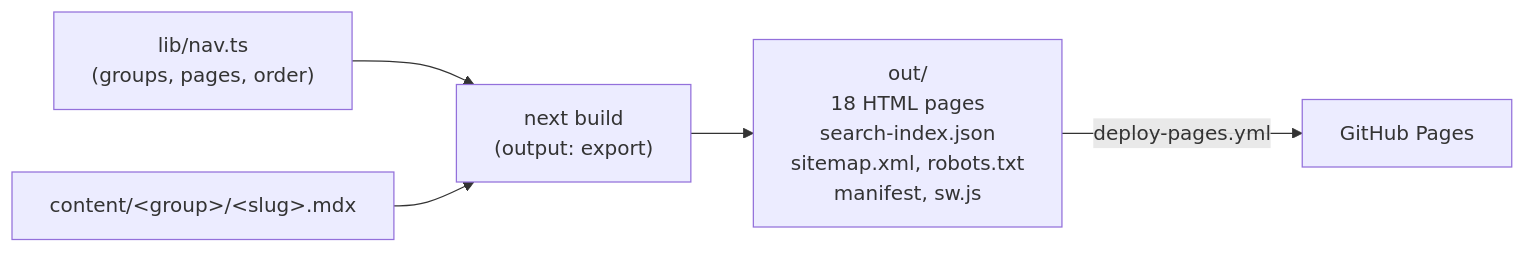
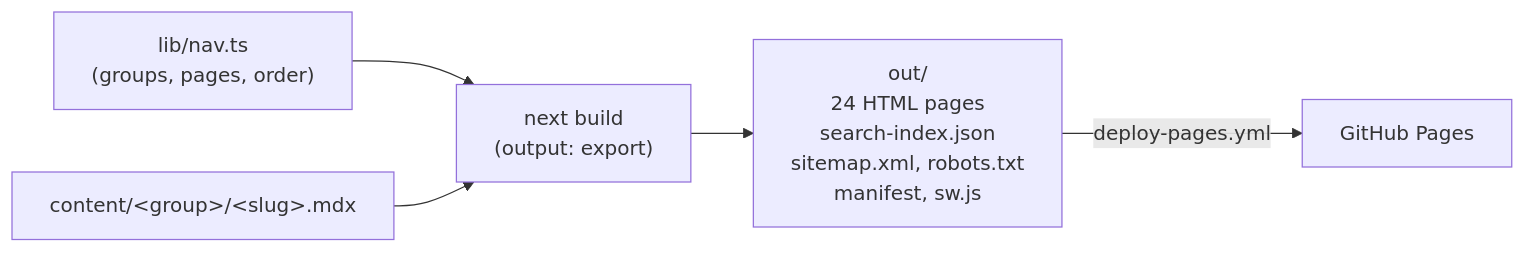
The diagram in docs/ARCHITECTURE.md (kawsar-95/learn-software-testing-with-ai), drawn with Mermaid before and after one commit. The commit also changed other lines of this file and 10 other files, not shown here.

````diff
--- a/docs/ARCHITECTURE.md
+++ b/docs/ARCHITECTURE.md
@@ -9,13 +9,13 @@
 ```mermaid
 flowchart LR
   nav["lib/nav.ts<br/>(groups, pages, order)"]
   mdx["content/&lt;group&gt;/&lt;slug&gt;.mdx"]
   build["next build<br/>(output: export)"]
-  out["out/<br/>18 HTML pages<br/>search-index.json<br/>sitemap.xml, robots.txt<br/>manifest, sw.js"]
+  out["out/<br/>24 HTML pages<br/>search-index.json<br/>sitemap.xml, robots.txt<br/>manifest, sw.js"]
   pages["GitHub Pages"]
 
   nav --> build
   mdx --> build
   build --> out
   out -->|deploy-pages.yml| pages
 ```
````
